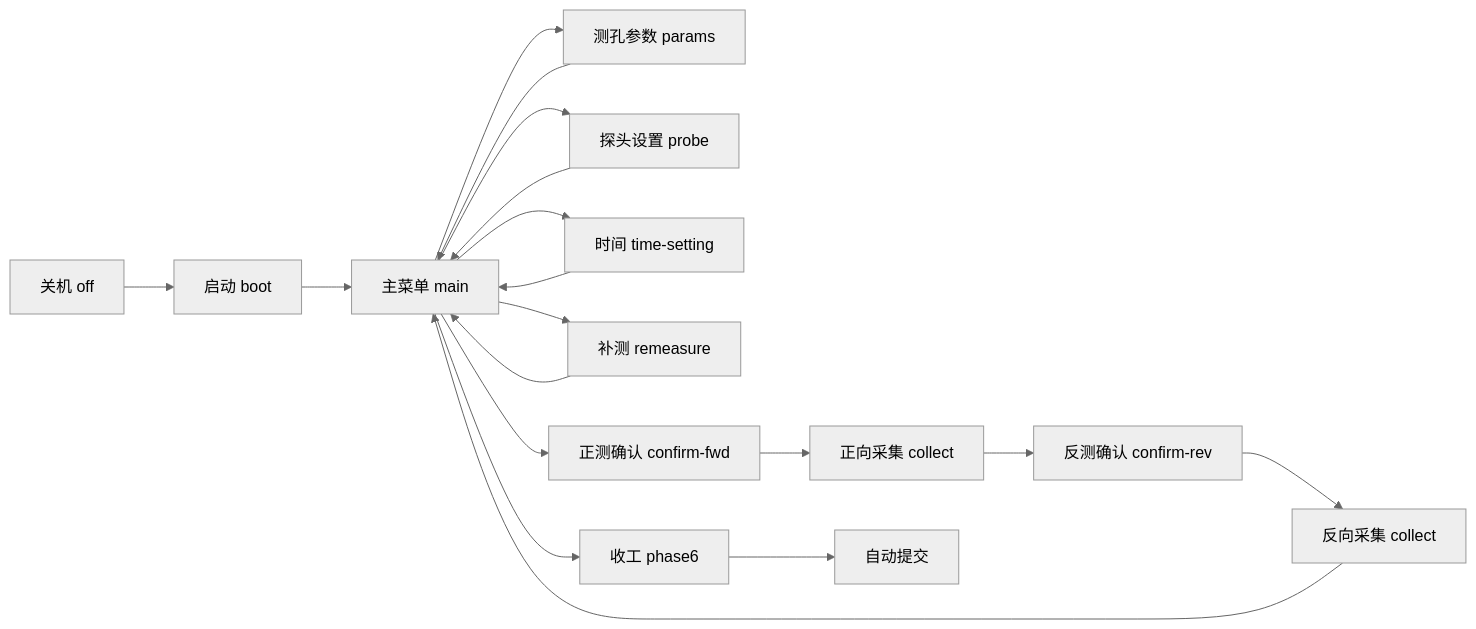
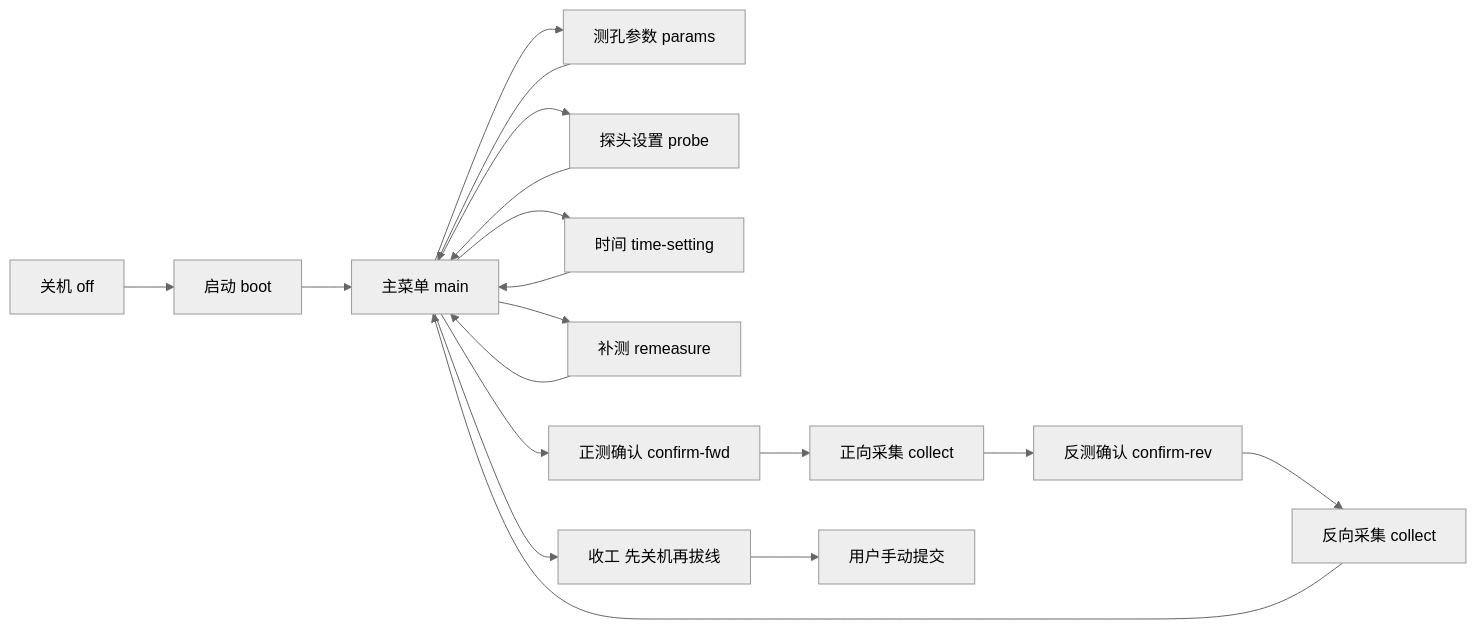
One commit to POTPER/ioxweb changed the diagram in .doc/读数仪交互逻辑.md. Above: the diagram before and after it, drawn with Mermaid (neutral theme). The commit also changed other lines of this file and 8 other files, not shown here.

Commit message:
增加时序图。

````diff
--- a/.doc/读数仪交互逻辑.md
+++ b/.doc/读数仪交互逻辑.md
@@ -46,20 +46,20 @@
 ```mermaid
 flowchart LR
   off["关机 off"] --> boot["启动 boot"]
   boot --> main["主菜单 main"]
   main --> params["测孔参数 params"]
   main --> probe["探头设置 probe"]
   main --> time["时间 time-setting"]
   main --> remeasure["补测 remeasure"]
   main --> cfwd["正测确认 confirm-fwd"]
   params --> main
   probe --> main
   time --> main
   remeasure --> main
   cfwd --> collF["正向采集 collect"]
   collF --> crev["反测确认 confirm-rev"]
   crev --> collR["反向采集 collect"]
   collR --> main
-  main --> cleanup["收工 phase6"]
-  cleanup --> submit["自动提交"]
+  main --> cleanup["收工 先关机再拔线"]
+  cleanup --> manualSubmit["用户手动提交"]
 ```
````
